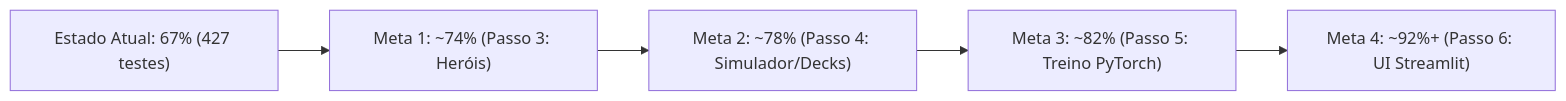
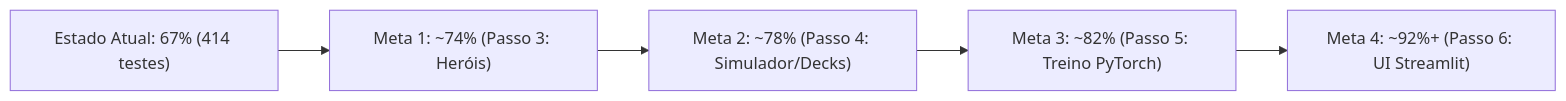
Before and after one commit to renan-albino/fab-talishar-ia: the diagram in docs/ROADMAP.md, drawn with Mermaid. The commit also changed other lines of this file and 23 other files, not shown here.

````diff
--- a/docs/ROADMAP.md
+++ b/docs/ROADMAP.md
@@ -94,7 +94,7 @@
 ```mermaid
 graph LR
-    A["Estado Atual: 67% (427 testes)"] --> B["Meta 1: ~74% (Passo 3: Heróis)"]
+    A["Estado Atual: 67% (414 testes)"] --> B["Meta 1: ~74% (Passo 3: Heróis)"]
     B --> C["Meta 2: ~78% (Passo 4: Simulador/Decks)"]
     C --> D["Meta 3: ~82% (Passo 5: Treino PyTorch)"]
     D --> E["Meta 4: ~92%+ (Passo 6: UI Streamlit)"]
 ```
````
